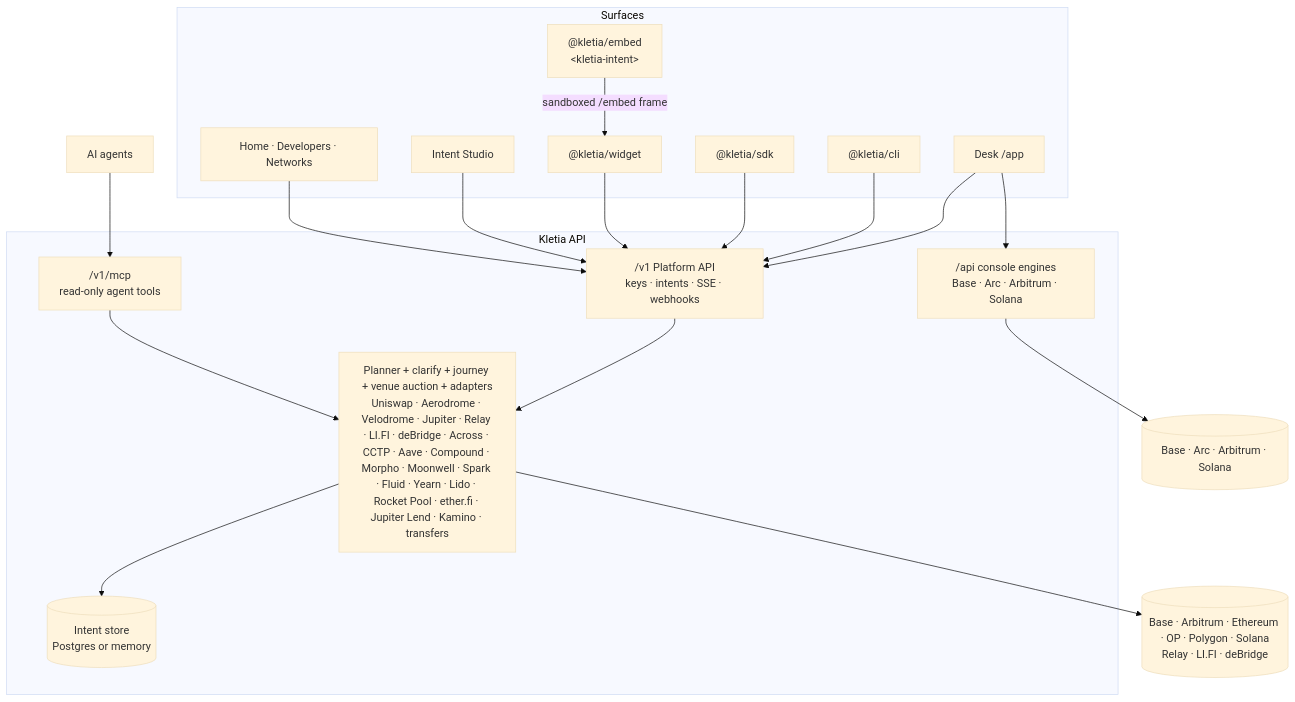
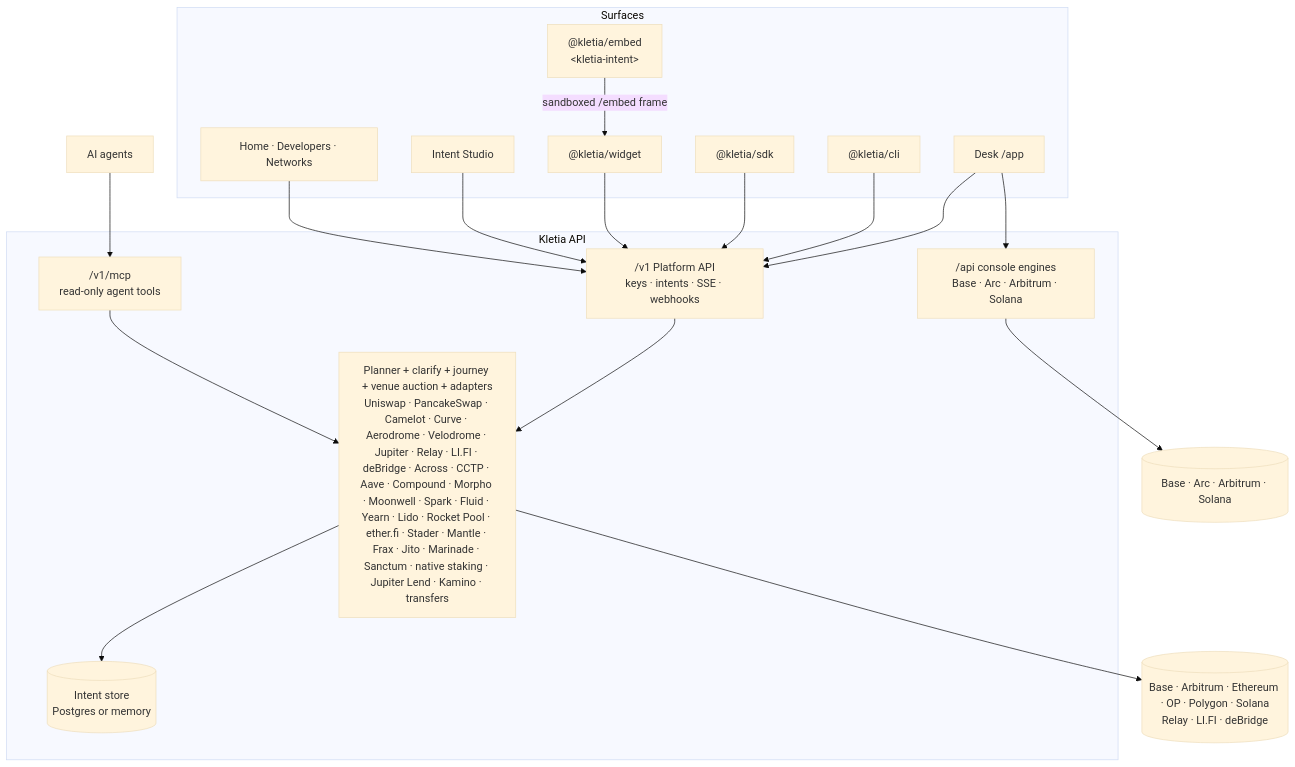
The second of 2 diagrams in README.md (furkan3152/Kletia), drawn with Mermaid (base theme) before and after one commit. The commit also changed other lines of this file and 41 other files, not shown here.

````diff
--- a/README.md
+++ b/README.md
@@ -254,27 +255,27 @@
 ```mermaid
 flowchart TB
     subgraph Surfaces
       Site[Home · Developers · Networks]
       Console[Desk /app]
       Studio[Intent Studio]
       Widget["@kletia/widget"]
       Embed["@kletia/embed<br/>&lt;kletia-intent&gt;"]
       SDK["@kletia/sdk"]
       CLI["@kletia/cli"]
     end
     subgraph API[Kletia API]
       V1["/v1 Platform API<br/>keys · intents · SSE · webhooks"]
       MCP["/v1/mcp<br/>read-only agent tools"]
-      Engine[Planner + clarify + journey + venue auction + adapters<br/>Uniswap · Aerodrome · Velodrome · Jupiter · Relay · LI.FI · deBridge · Across · CCTP · Aave · Compound · Morpho · Moonwell · Spark · Fluid · Yearn · Lido · Rocket Pool · ether.fi · Jupiter Lend · Kamino · transfers]
+      Engine[Planner + clarify + journey + venue auction + adapters<br/>Uniswap · PancakeSwap · Camelot · Curve · Aerodrome · Velodrome · Jupiter · Relay · LI.FI · deBridge · Across · CCTP · Aave · Compound · Morpho · Moonwell · Spark · Fluid · Yearn · Lido · Rocket Pool · ether.fi · Stader · Mantle · Frax · Jito · Marinade · Sanctum · native staking · Jupiter Lend · Kamino · transfers]
       Store[(Intent store<br/>Postgres or memory)]
       AppApi["/api console engines<br/>Base · Arc · Arbitrum · Solana"]
     end
     Embed -->|"sandboxed /embed frame"| Widget
     Site & Studio & Widget & SDK & CLI --> V1
     Agents[AI agents] --> MCP --> Engine
     Console --> V1
     Console --> AppApi
     V1 --> Engine --> Store
     Engine --> Chains[(Base · Arbitrum · Ethereum · OP · Polygon · Solana<br/>Relay · LI.FI · deBridge)]
     AppApi --> Chains2[(Base · Arc · Arbitrum · Solana)]
 ```
````
